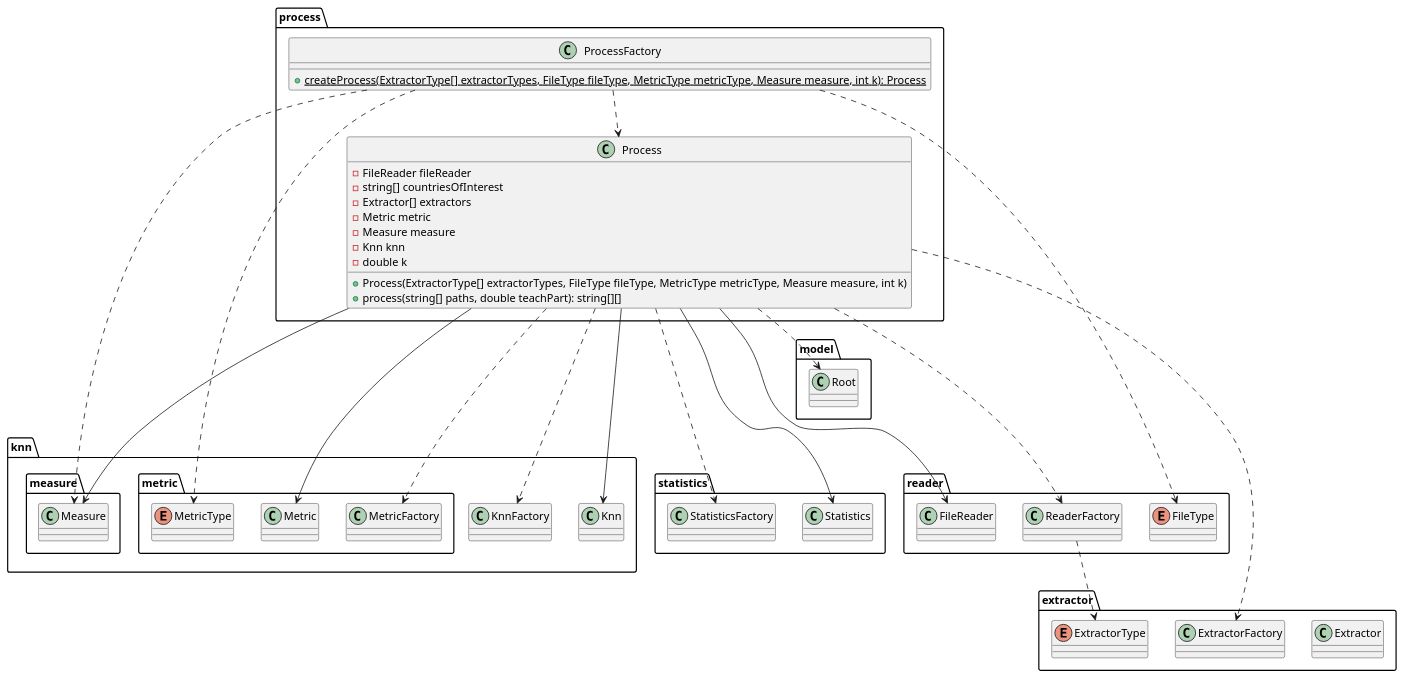
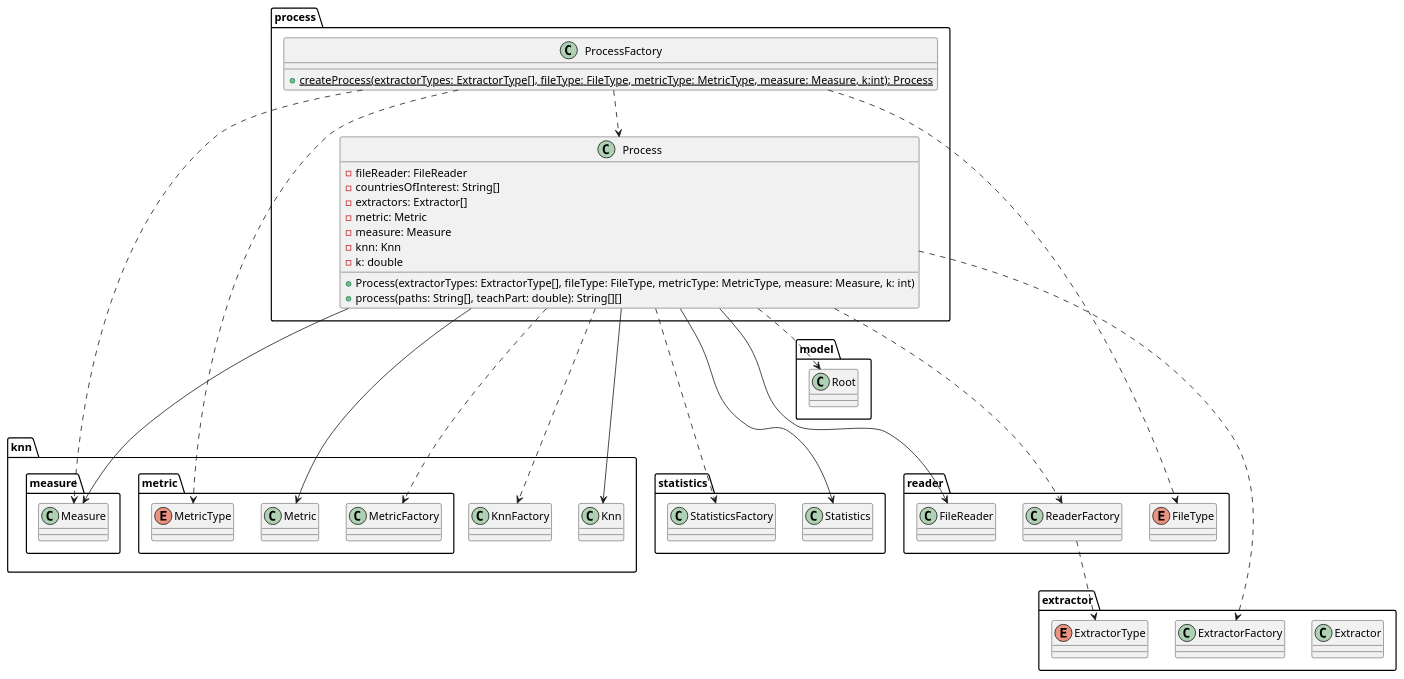
The ninth of 10 diagrams in README.md (kambed/Computer-Recognition-Systems), drawn with PlantUML before and after one commit. The commit also changed other lines of this file, not shown here.

Commit message:
UML fixes

````diff
--- a/README.md
+++ b/README.md
@@ -352,63 +352,63 @@
 ```plantuml
 package process {
     class Process {
-        - FileReader fileReader
-        - string[] countriesOfInterest
-        - Extractor[] extractors
-        - Metric metric
-        - Measure measure
-        - Knn knn
-        - double k
-        + Process(ExtractorType[] extractorTypes, FileType fileType, MetricType metricType, Measure measure, int k)
-        + process(string[] paths, double teachPart): string[][]
+        - fileReader: FileReader
+        - countriesOfInterest: String[]
+        - extractors: Extractor[]
+        - metric: Metric
+        - measure: Measure
+        - knn: Knn
+        - k: double
+        + Process(extractorTypes: ExtractorType[], fileType: FileType, metricType: MetricType, measure: Measure, k: int)
+        + process(paths: String[], teachPart: double): String[][]
     }
     class ProcessFactory {
-        + {static} createProcess(ExtractorType[] extractorTypes, FileType fileType, MetricType metricType, Measure measure, int k): Process
+        + {static} createProcess(extractorTypes: ExtractorType[], fileType: FileType, metricType: MetricType, measure: Measure, k:int): Process
     }
 }
 package reader {
     class FileReader
     class ReaderFactory
     enum FileType
 }
 package extractor {
     class Extractor
     class ExtractorFactory
     enum ExtractorType
 }
 package knn {
     class Knn
     class KnnFactory
     package metric {
         class Metric
         class MetricFactory
         enum MetricType
     }
     package measure {
         class Measure
     }
 }
 package model {
     class Root
 }
 package statistics {
     class Statistics
     class StatisticsFactory
 }
 Process ...> ReaderFactory
 Process ...> ExtractorFactory
 Process ...> MetricFactory
 Process ...> KnnFactory
 Process ...> StatisticsFactory
 Process --> FileReader
 Process --> Metric
 Process --> Measure
 Process --> Statistics
 Process --> Knn
 Process ..> Root
 ProcessFactory ..> Measure
 ProcessFactory ..> Process
 ProcessFactory ..> FileType
 ProcessFactory ..> MetricType
 ReaderFactory ..> ExtractorType
 ```
````
